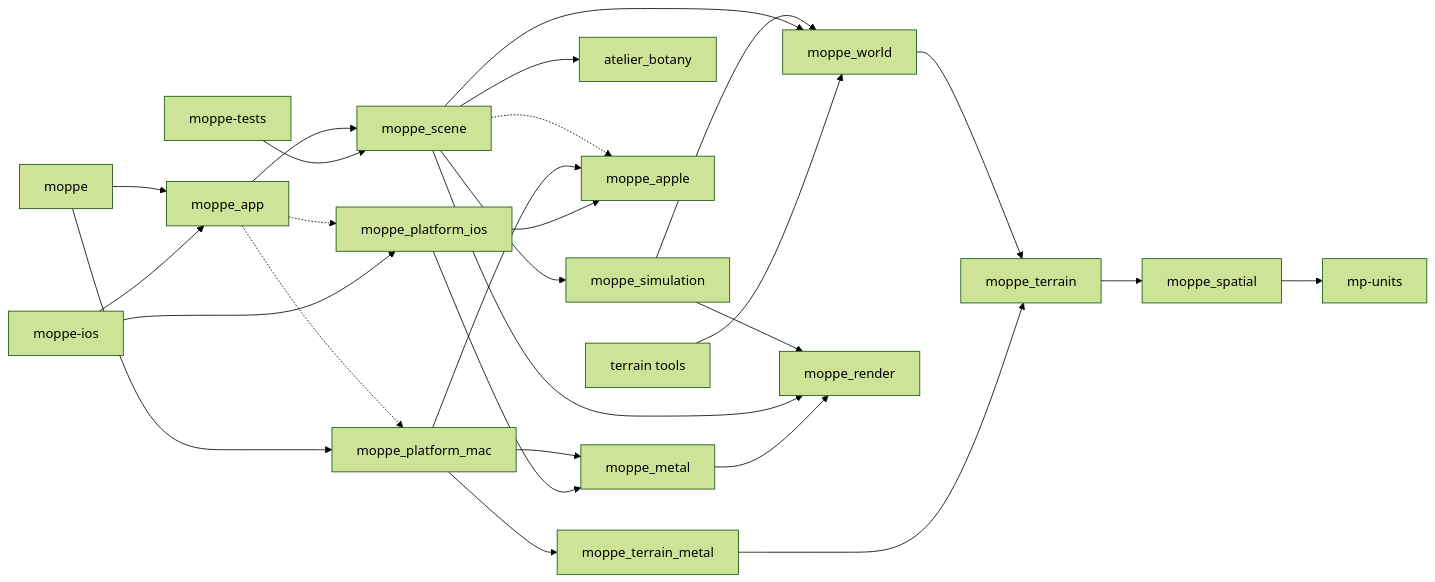
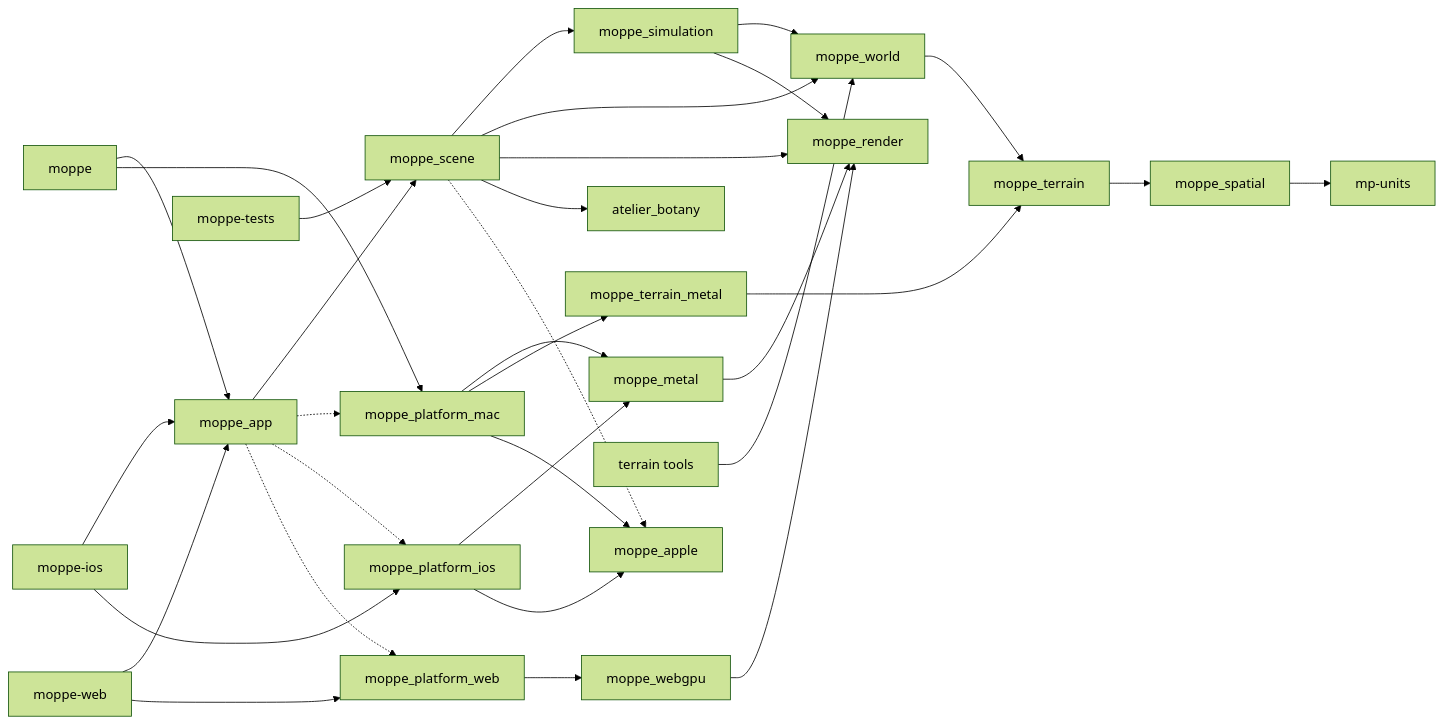
One commit to mbrock/moppe changed the second of 2 diagrams in docs/engine-atlas.md. Above: the diagram before and after it, drawn with Mermaid (forest theme). The commit also changed other lines of this file and 16 other files, not shown here.

````diff
--- a/docs/engine-atlas.md
+++ b/docs/engine-atlas.md
@@ -137,29 +138,34 @@
 ```mermaid
 flowchart LR
   spatial["moppe_spatial"] --> units["mp-units"]
   terrain["moppe_terrain"] --> spatial
   world["moppe_world"] --> terrain
   simulation["moppe_simulation"] --> world
   simulation --> render["moppe_render"]
   scene["moppe_scene"] --> simulation
   scene --> world
   scene --> render
   scene --> botany["atelier_botany"]
   scene -.-> apple["moppe_apple"]
   app["moppe_app"] --> scene
   app -.-> mac["moppe_platform_mac"]
   app -.-> ios["moppe_platform_ios"]
+  app -.-> web["moppe_platform_web"]
   metal["moppe_metal"] --> render
+  webgpu["moppe_webgpu"] --> render
   terrain_metal["moppe_terrain_metal"] --> terrain
   mac --> metal
   mac --> terrain_metal
   mac --> apple
   ios --> metal
   ios --> apple
+  web --> webgpu
   desktop["moppe"] --> app
   desktop --> mac
   phone["moppe-ios"] --> app
   phone --> ios
+  browser["moppe-web"] --> app
+  browser --> web
   tests["moppe-tests"] --> scene
   tools["terrain tools"] --> world
 ```
````
